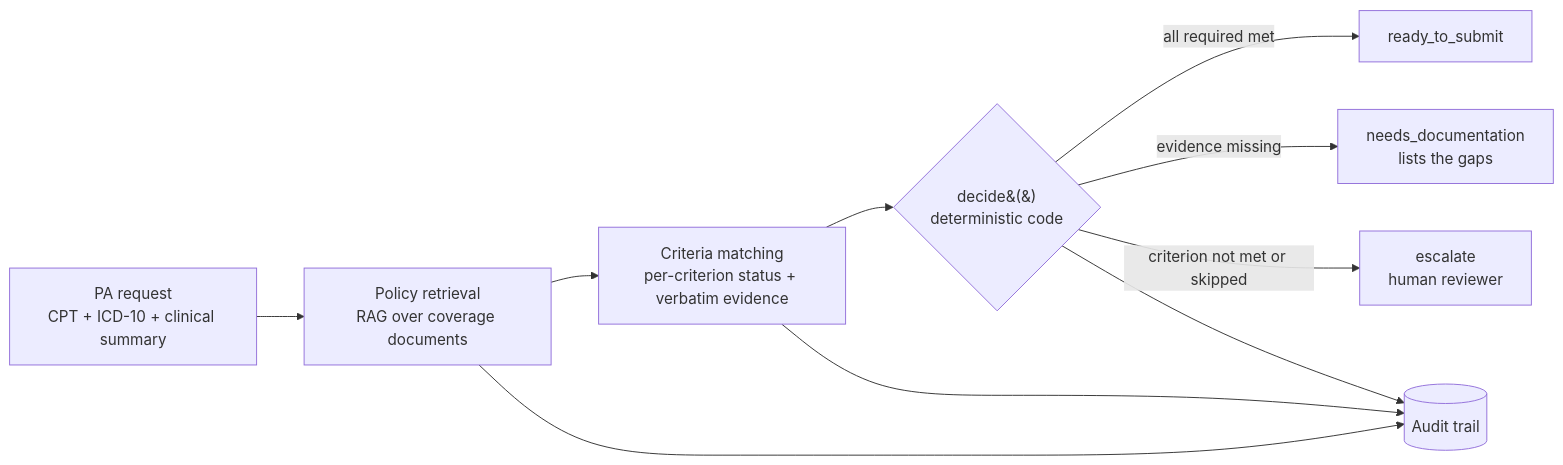
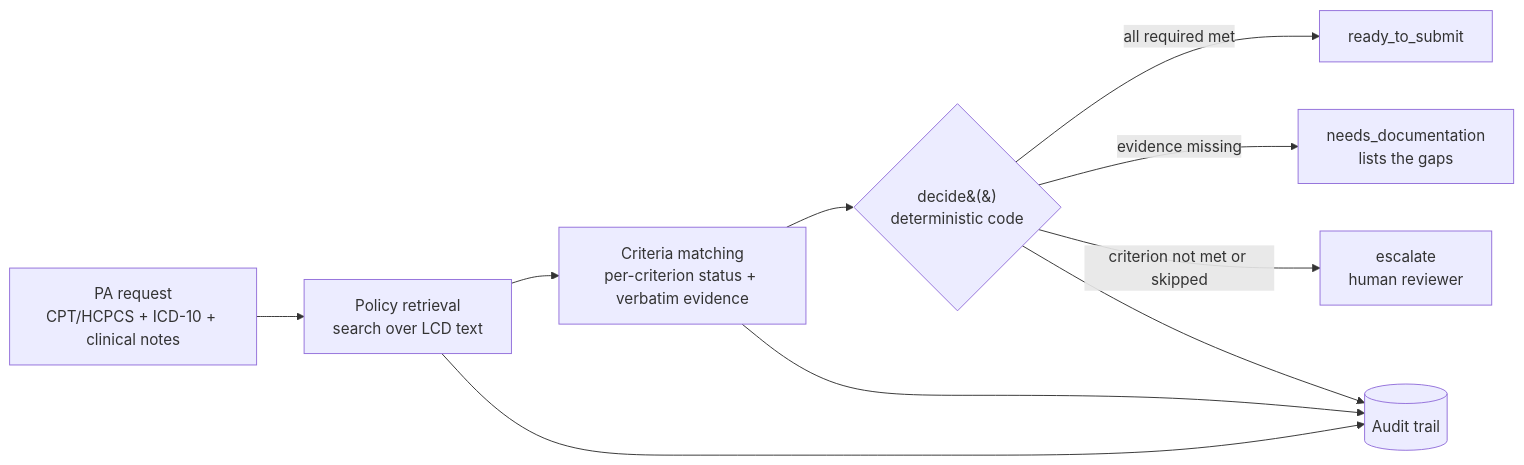
One commit to shilpamusale/priorauth-ai changed the diagram in README.md. Above: the diagram before and after it, drawn with Mermaid. The commit also changed other lines of this file and 6 other files, not shown here.

````diff
--- a/README.md
+++ b/README.md
@@ -22,10 +23,10 @@
 ```mermaid
 flowchart LR
-    A[PA request<br/>CPT + ICD-10 + clinical summary] --> B[Policy retrieval<br/>RAG over coverage documents]
+    A[PA request<br/>CPT/HCPCS + ICD-10 + clinical notes] --> B[Policy retrieval<br/>search over LCD text]
     B --> C[Criteria matching<br/>per-criterion status + verbatim evidence]
     C --> D{decide&#40;&#41;<br/>deterministic code}
     D -->|all required met| E[ready_to_submit]
     D -->|evidence missing| F[needs_documentation<br/>lists the gaps]
     D -->|criterion not met or skipped| G[escalate<br/>human reviewer]
     B & C & D --> H[(Audit trail)]
 ```
````
